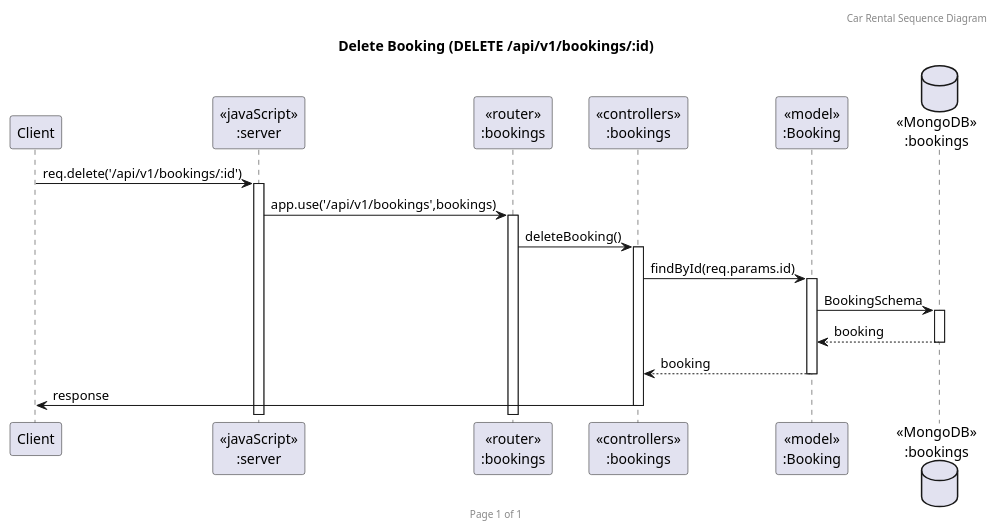
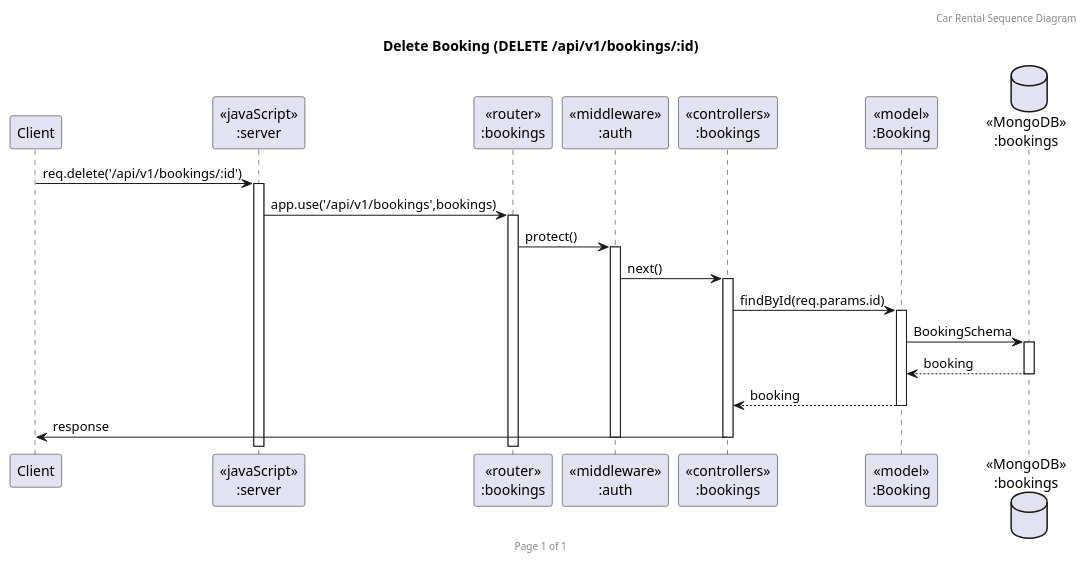
Before and after one commit to 2110503-CEDT68/be-project-68-paopaopao: the diagram in UML/Sequence_Booking_DELETE.puml, drawn with PlantUML. The commit also changed 9 other files, not shown here.

Commit message:
Fix: sequence diagram fix

```diff
--- a/UML/Sequence_Booking_DELETE.puml
+++ b/UML/Sequence_Booking_DELETE.puml
@@ -1,23 +1,26 @@
 @startuml Sequence_Booking_DELETE
 
 header Car Rental Sequence Diagram
 footer Page %page% of %lastpage%
 title "Delete Booking (DELETE /api/v1/bookings/:id)"
 
 participant "Client" as client
 participant "<<javaScript>>\n:server" as server
 participant "<<router>>\n:bookings" as routerBookings
+participant "<<middleware>>\n:auth" as middlewareAuth
 participant "<<controllers>>\n:bookings" as controllersBookings
 participant "<<model>>\n:Booking" as modelBooking
 database "<<MongoDB>>\n:bookings" as BookingsDatabase
 
 client->server ++:req.delete('/api/v1/bookings/:id')
 server->routerBookings ++:app.use('/api/v1/bookings',bookings)
-routerBookings->controllersBookings ++:deleteBooking()
+routerBookings->middlewareAuth ++:protect()
+middlewareAuth->controllersBookings ++:next()
 controllersBookings->modelBooking ++:findById(req.params.id)
 modelBooking->BookingsDatabase ++: BookingSchema
 BookingsDatabase-->modelBooking --: booking
 controllersBookings<--modelBooking --: booking
 controllersBookings->client --:response
+deactivate middlewareAuth
 
 @enduml
```
